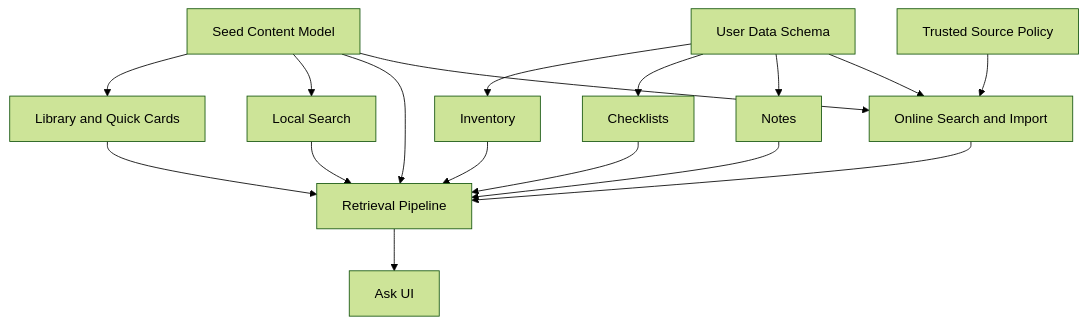
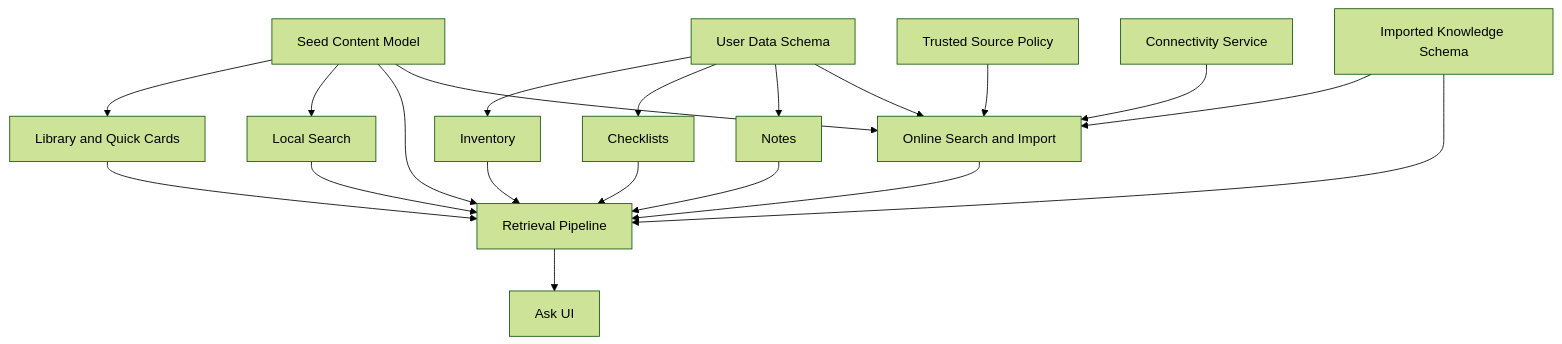
One commit to Org-EthereaLogic/OSA changed the diagram in docs/sdlc/03-mvp-scope-roadmap.md. Above: the diagram before and after it, drawn with Mermaid (forest theme). The commit also changed other lines of this file and 45 other files, not shown here.

First line of the commit message:
docs(sync): M4P1 ConnectivityService, M4P2 import domain models, NoteRepo fix, and doc drift

````diff
--- a/docs/sdlc/03-mvp-scope-roadmap.md
+++ b/docs/sdlc/03-mvp-scope-roadmap.md
@@ -147,19 +149,22 @@
 ```mermaid
 flowchart TD
     A[Seed Content Model] --> B[Library and Quick Cards]
     A --> C[Local Search]
     A --> D[Retrieval Pipeline]
     E[User Data Schema] --> F[Inventory]
     E --> G[Checklists]
     E --> H[Notes]
     C --> D
     B --> D
     F --> D
     G --> D
     H --> D
     D --> I[Ask UI]
     J[Trusted Source Policy] --> K[Online Search and Import]
     E --> K
     A --> K
     K --> D
+    L[Connectivity Service] --> K
+    M[Imported Knowledge Schema] --> K
+    M --> D
 ```
````
